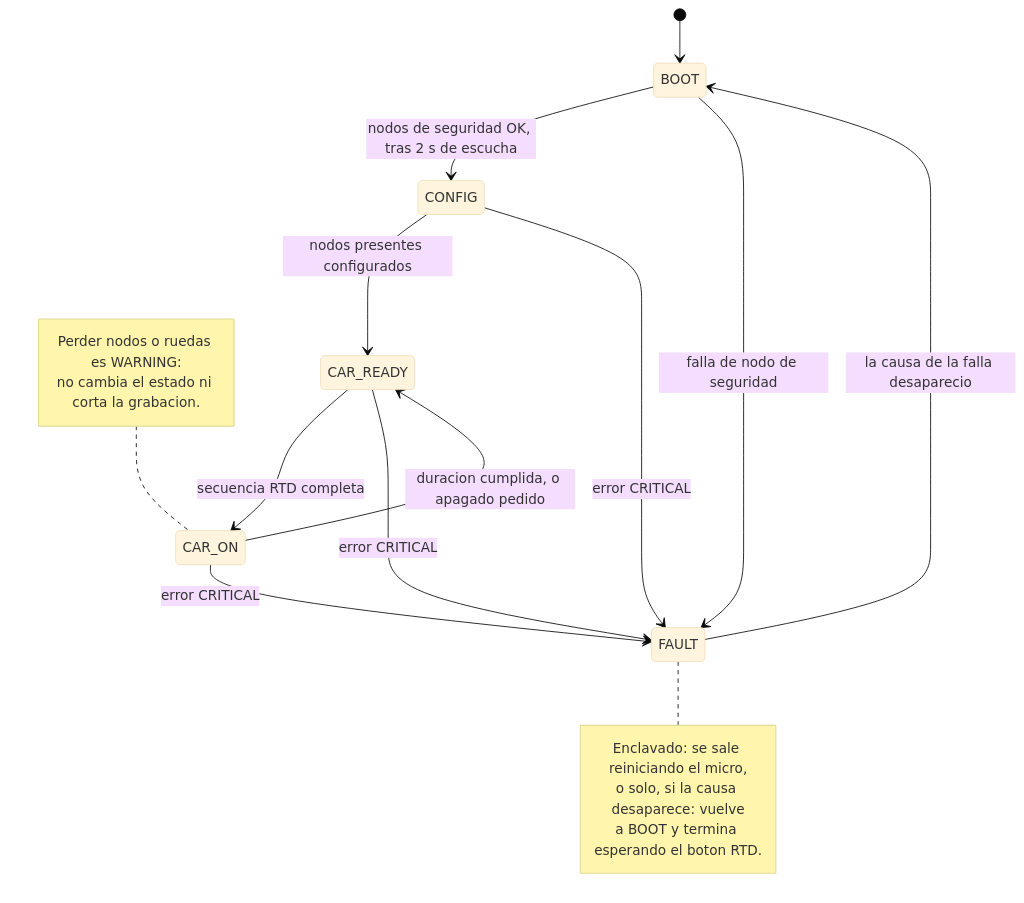
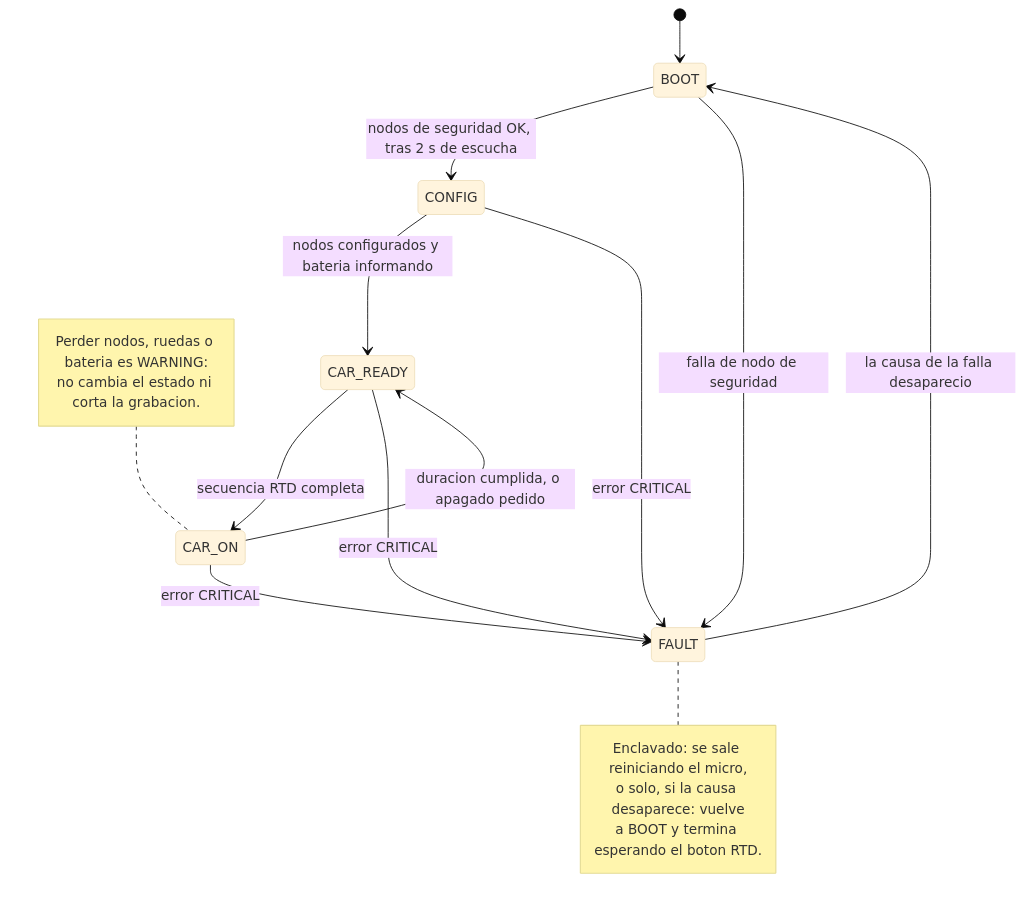
Before and after one commit to Pereyzaquer/Formuna-SAE-UTN-FRBA: the third of 6 diagrams in Code/ECU/ARQUITECTURA.md, drawn with Mermaid (base theme). The commit also changed other lines of this file and 18 other files, not shown here.

````diff
--- a/Code/ECU/ARQUITECTURA.md
+++ b/Code/ECU/ARQUITECTURA.md
@@ -281,26 +299,26 @@
 ```mermaid
 stateDiagram-v2
     [*] --> BOOT
 
     BOOT --> CONFIG : nodos de seguridad OK, tras 2 s de escucha
     BOOT --> FAULT : falla de nodo de seguridad
-    CONFIG --> CAR_READY : nodos presentes configurados
+    CONFIG --> CAR_READY : nodos configurados y bateria informando
     CAR_READY --> CAR_ON : secuencia RTD completa
     CAR_ON --> CAR_READY : duracion cumplida, o apagado pedido
 
     CONFIG --> FAULT : error CRITICAL
     CAR_READY --> FAULT : error CRITICAL
     CAR_ON --> FAULT : error CRITICAL
     FAULT --> BOOT : la causa de la falla desaparecio
 
     note left of CAR_ON
-        Perder nodos o ruedas es WARNING:
+        Perder nodos, ruedas o bateria es WARNING:
         no cambia el estado ni corta la grabacion.
     end note
 
     note right of FAULT
         Enclavado: se sale reiniciando el micro,
         o solo, si la causa desaparece: vuelve
         a BOOT y termina esperando el boton RTD.
     end note
 ```
````
